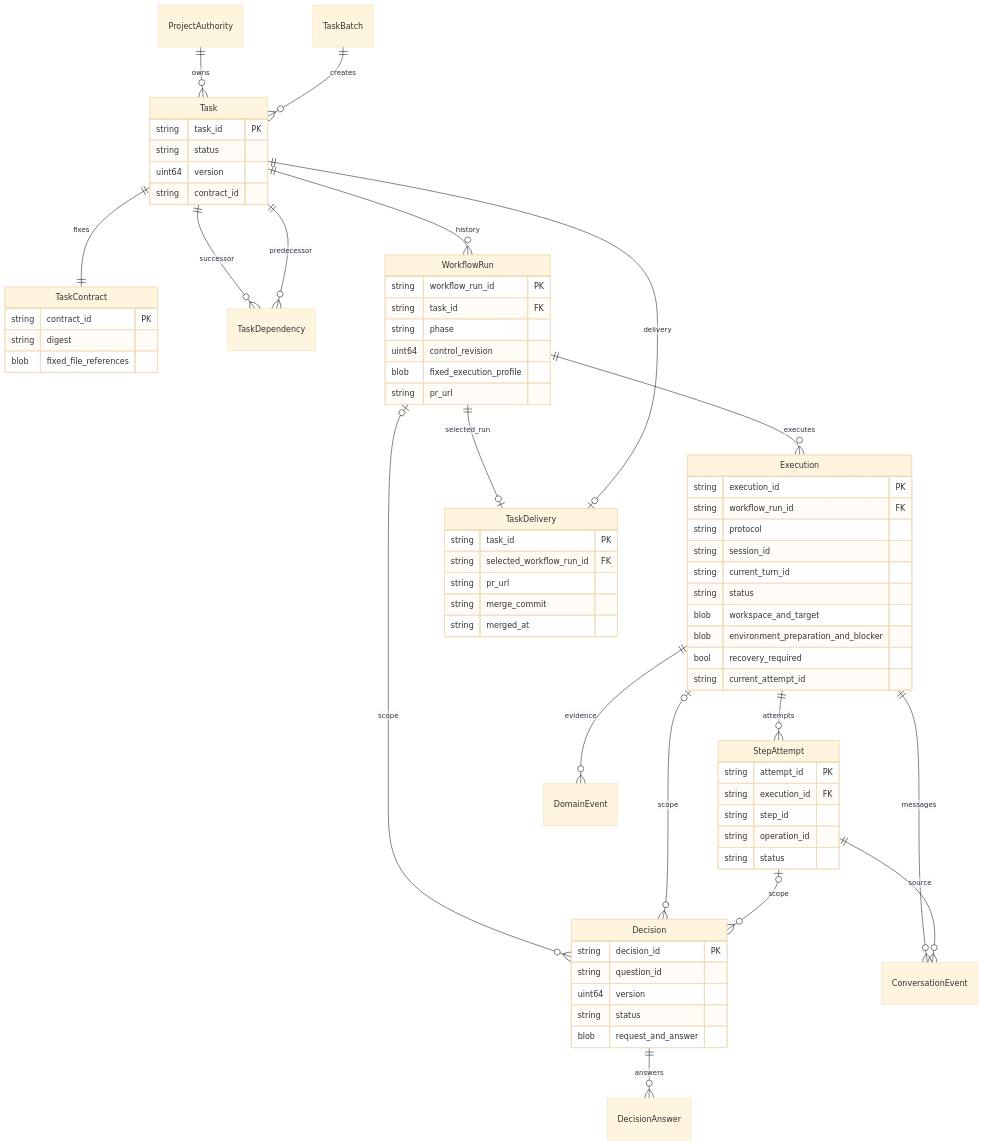
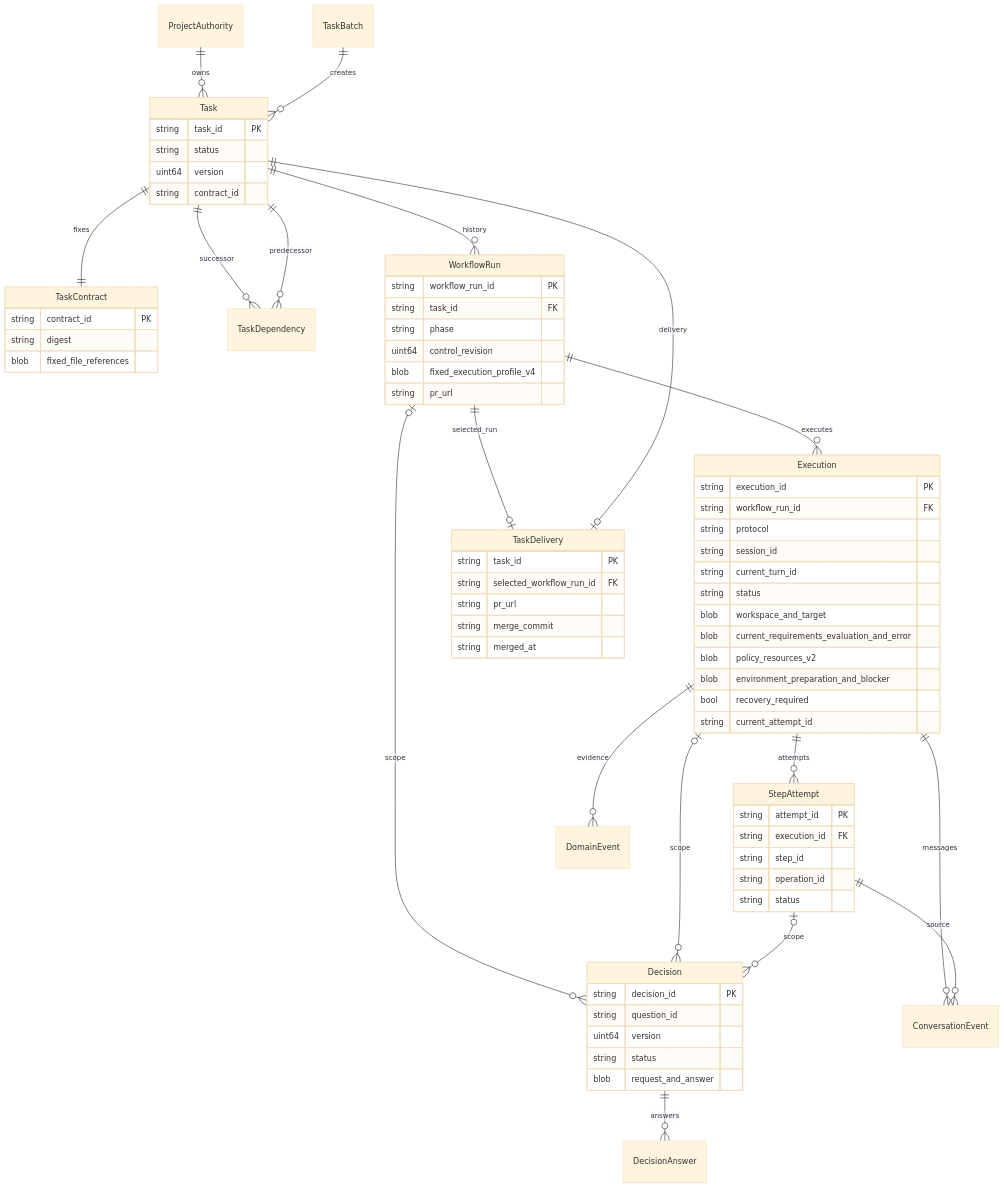
The ninth of 10 diagrams in docs/architecture/current-code-architecture.md (erranliu/SteerLine), drawn with Mermaid (base theme) before and after one commit. The commit also changed other lines of this file and 12 other files, not shown here.

````diff
--- a/docs/architecture/current-code-architecture.md
+++ b/docs/architecture/current-code-architecture.md
@@ -322,73 +400,75 @@
 ```mermaid
 erDiagram
     ProjectAuthority ||--o{ Task : owns
     Task ||--|| TaskContract : fixes
     TaskBatch ||--o{ Task : creates
     Task ||--o{ TaskDependency : successor
     Task ||--o{ TaskDependency : predecessor
     Task ||--o{ WorkflowRun : history
     WorkflowRun ||--o{ Execution : executes
     Execution ||--o{ StepAttempt : attempts
     WorkflowRun o|--o{ Decision : scope
     Execution o|--o{ Decision : scope
     StepAttempt o|--o{ Decision : scope
     Decision ||--o{ DecisionAnswer : answers
     WorkflowRun ||--o| TaskDelivery : selected_run
     Task ||--o| TaskDelivery : delivery
     Execution ||--o{ DomainEvent : evidence
     Execution ||--o{ ConversationEvent : messages
     StepAttempt ||--o{ ConversationEvent : source
 
     Task {
         string task_id PK
         string status
         uint64 version
         string contract_id
     }
     TaskContract {
         string contract_id PK
         string digest
         blob fixed_file_references
     }
     WorkflowRun {
         string workflow_run_id PK
         string task_id FK
         string phase
         uint64 control_revision
-        blob fixed_execution_profile
+        blob fixed_execution_profile_v4
         string pr_url
     }
     Execution {
         string execution_id PK
         string workflow_run_id FK
         string protocol
         string session_id
         string current_turn_id
         string status
         blob workspace_and_target
+        blob current_requirements_evaluation_and_error
+        blob policy_resources_v2
         blob environment_preparation_and_blocker
         bool recovery_required
         string current_attempt_id
     }
     StepAttempt {
         string attempt_id PK
         string execution_id FK
         string step_id
         string operation_id
         string status
     }
     Decision {
         string decision_id PK
         string question_id
         uint64 version
         string status
         blob request_and_answer
     }
     TaskDelivery {
         string task_id PK
         string selected_workflow_run_id FK
         string pr_url
         string merge_commit
         string merged_at
     }
 ```
````
